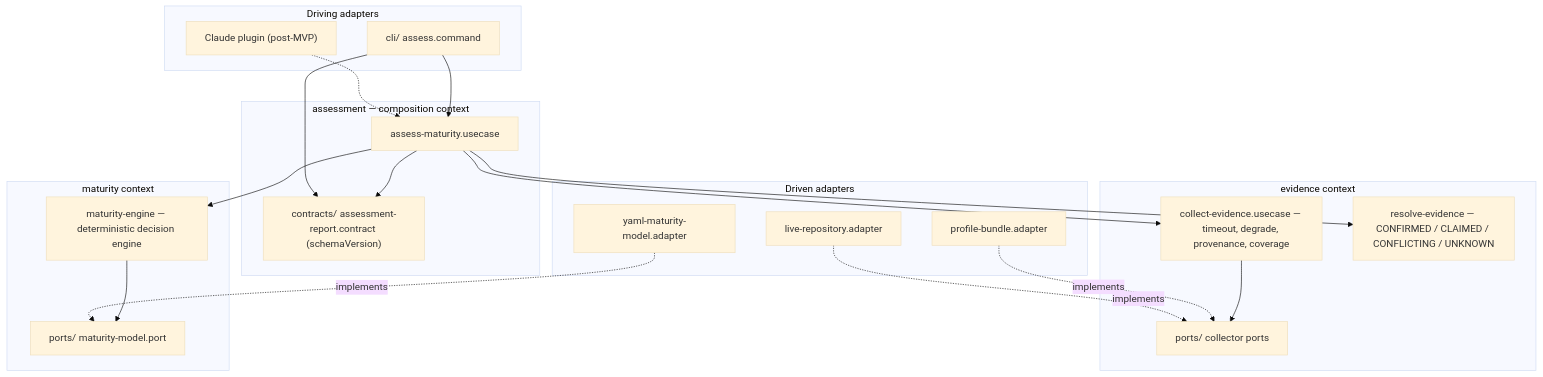
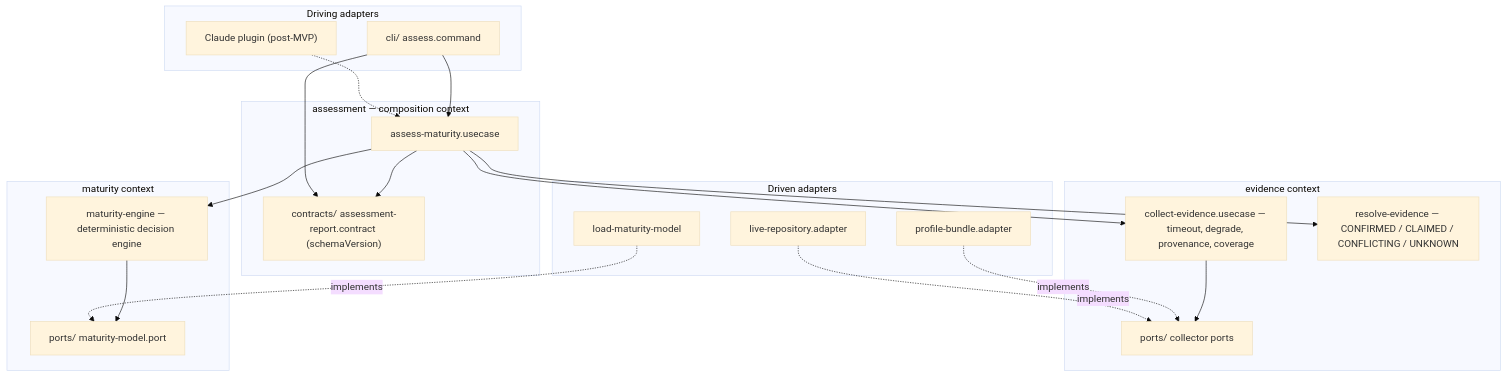
The diagram in aidd_docs/INSTALL.md (BlandineRdl/aidd-audit), drawn with Mermaid (base theme) before and after one commit. The commit also changed other lines of this file and 26 other files, not shown here.

````diff
--- a/aidd_docs/INSTALL.md
+++ b/aidd_docs/INSTALL.md
@@ -154,47 +154,47 @@
 ```mermaid
 flowchart TB
 
   subgraph driving["Driving adapters"]
     CLI["cli/ assess.command"]
     PLUGIN["Claude plugin (post-MVP)"]
   end
 
   subgraph assessment["assessment — composition context"]
     ASSESS["assess-maturity.usecase"]
     CONTRACT["contracts/ assessment-report.contract (schemaVersion)"]
   end
 
   subgraph evidence["evidence context"]
     COLLECT["collect-evidence.usecase — timeout, degrade, provenance, coverage"]
     RESOLVE["resolve-evidence — CONFIRMED / CLAIMED / CONFLICTING / UNKNOWN"]
     PSRC["ports/ collector ports"]
   end
 
   subgraph maturity["maturity context"]
     CHECK["maturity-engine — deterministic decision engine"]
     PMODEL["ports/ maturity-model.port"]
   end
 
   subgraph driven["Driven adapters"]
     FIX["profile-bundle.adapter"]
     GIT["live-repository.adapter"]
-    YAML["yaml-maturity-model.adapter"]
+    YAML["load-maturity-model"]
   end
 
   CLI --> ASSESS
   PLUGIN -.-> ASSESS
 
   ASSESS --> COLLECT
   ASSESS --> RESOLVE
   ASSESS --> CHECK
   ASSESS --> CONTRACT
 
   CLI --> CONTRACT
 
   COLLECT --> PSRC
   CHECK --> PMODEL
 
   FIX -.->|implements| PSRC
   GIT -.->|implements| PSRC
   YAML -.->|implements| PMODEL
 ```
````
